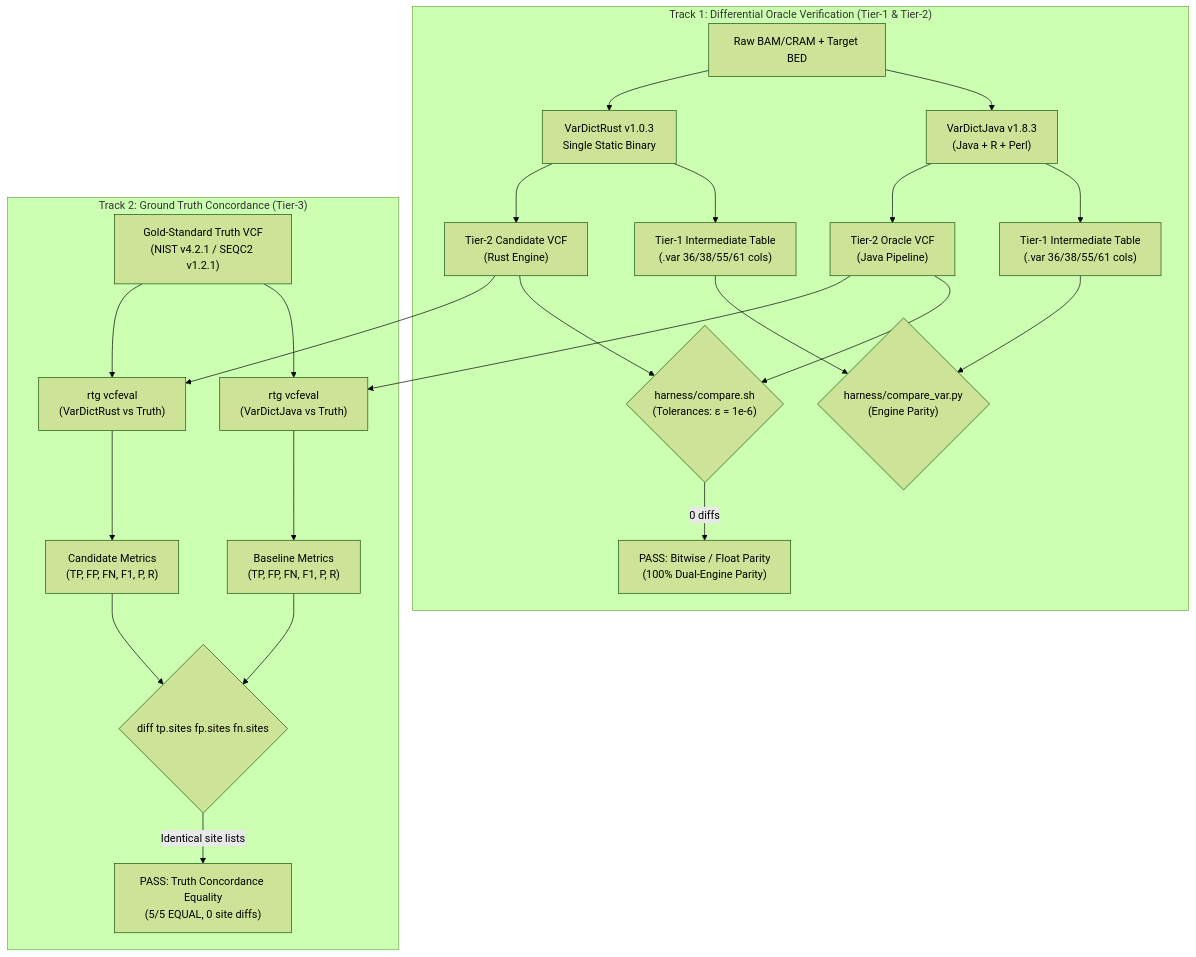
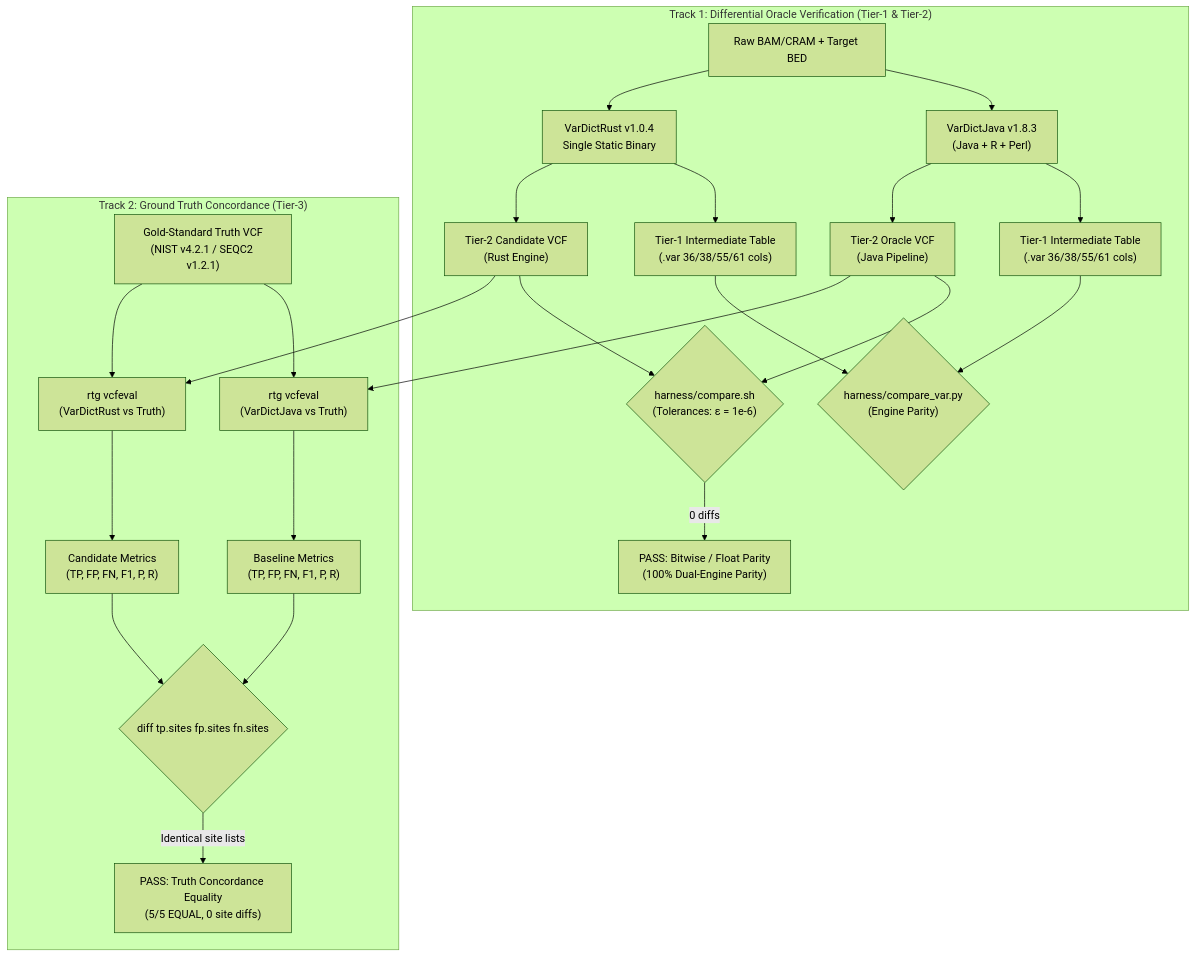
One commit to palakpsheth/VarDictRust changed the diagram in docs/validation/omnibus-empirical-validation.md. Above: the diagram before and after it, drawn with Mermaid (forest theme). The commit also changed other lines of this file and 43 other files, not shown here.

````diff
--- a/docs/validation/omnibus-empirical-validation.md
+++ b/docs/validation/omnibus-empirical-validation.md
@@ -61,27 +61,27 @@
 ```mermaid
 flowchart TD
     subgraph Track1 ["Track 1: Differential Oracle Verification (Tier-1 & Tier-2)"]
         D1["Raw BAM/CRAM + Target BED"] --> VDJ["VarDictJava v1.8.3\n(Java + R + Perl)"]
-        D1 --> VDR["VarDictRust v1.0.3<br/>Single Static Binary"]
+        D1 --> VDR["VarDictRust v1.0.4<br/>Single Static Binary"]
         VDJ --> VAR_J["Tier-1 Intermediate Table\n(.var 36/38/55/61 cols)"]
         VDR --> VAR_R["Tier-1 Intermediate Table\n(.var 36/38/55/61 cols)"]
         VAR_J & VAR_R --> CMP_VAR{"harness/compare_var.py\n(Engine Parity)"}
         VDJ --> VCF_J["Tier-2 Oracle VCF\n(Java Pipeline)"]
         VDR --> VCF_R["Tier-2 Candidate VCF\n(Rust Engine)"]
         VCF_J --> CMP{"harness/compare.sh\n(Tolerances: ε = 1e-6)"}
         VCF_R --> CMP
         CMP -->|0 diffs| MATCH["PASS: Bitwise / Float Parity\n(100% Dual-Engine Parity)"]
     end
 
     subgraph Track2 ["Track 2: Ground Truth Concordance (Tier-3)"]
         VCF_J --> RTG1["rtg vcfeval\n(VarDictJava vs Truth)"]
         VCF_R --> RTG2["rtg vcfeval\n(VarDictRust vs Truth)"]
         TRUTH["Gold-Standard Truth VCF\n(NIST v4.2.1 / SEQC2 v1.2.1)"] --> RTG1
         TRUTH --> RTG2
         RTG1 --> MET_J["Baseline Metrics\n(TP, FP, FN, F1, P, R)"]
         RTG2 --> MET_R["Candidate Metrics\n(TP, FP, FN, F1, P, R)"]
         MET_J --> DIFF{"diff tp.sites fp.sites fn.sites"}
         MET_R --> DIFF
         DIFF -->|Identical site lists| EQUAL["PASS: Truth Concordance Equality\n(5/5 EQUAL, 0 site diffs)"]
     end
 ```
````
